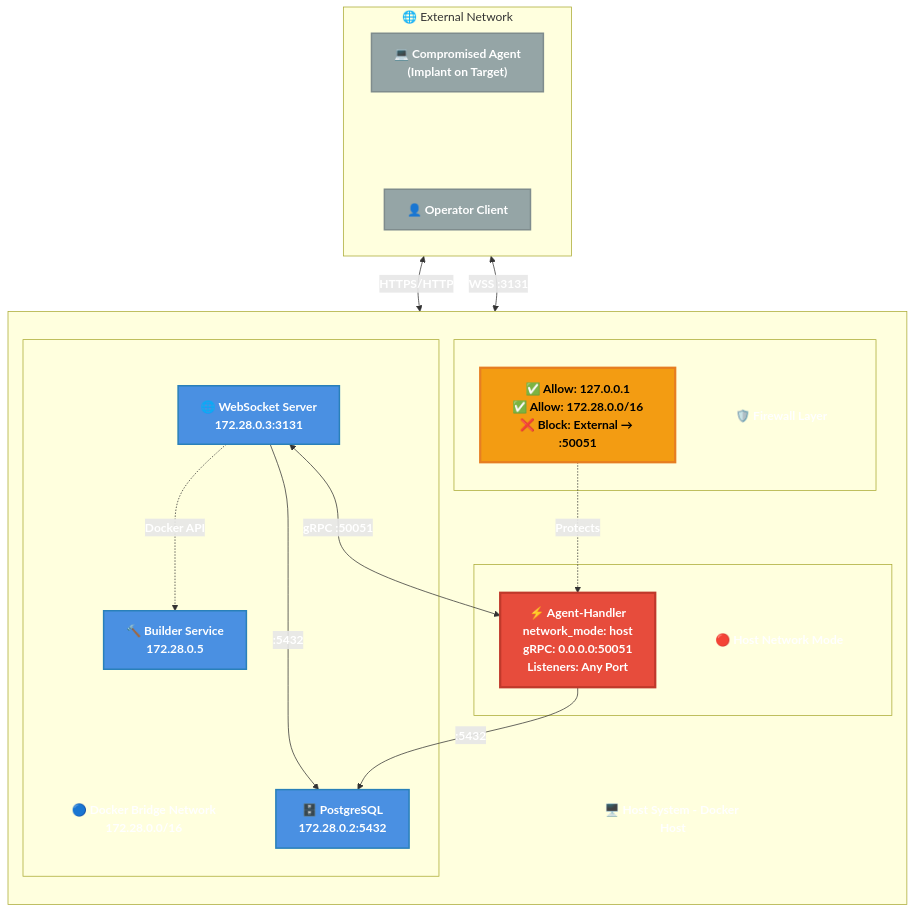
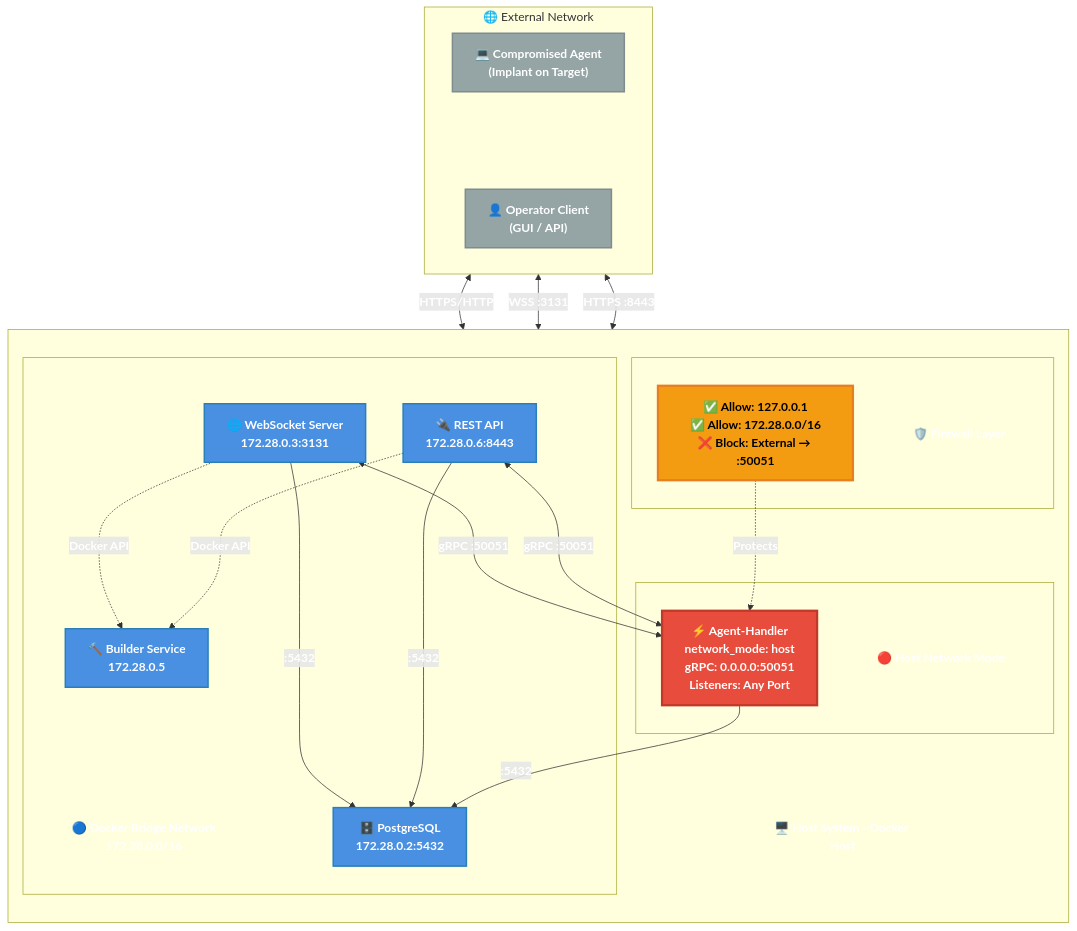
One commit to seahop/NexusC2 changed the diagram in README.md. Above: the diagram before and after it, drawn with Mermaid. The commit also changed other lines of this file, not shown here.

Commit message:
mermiad update in readme to include rest

````diff
--- a/README.md
+++ b/README.md
@@ -35,57 +35,62 @@
 ```mermaid
 graph TB
     subgraph External["🌐 External Network"]
         direction LR
         Agent["💻 Compromised Agent<br/>(Implant on Target)"]
         Spacer[" "]
-        Client["👤 Operator Client"]
+        Client["👤 Operator Client<br/>(GUI / API)"]
     end
 
     subgraph HostSystem[" "]
         direction TB
         HostLabel["🖥️ Host System - Docker Host"]
 
         subgraph FirewallLayer[" "]
             FW_Label["🛡️ Firewall Layer"]
             FW_Allow["✅ Allow: 127.0.0.1<br/>✅ Allow: 172.28.0.0/16<br/>❌ Block: External → :50051"]
         end
 
         subgraph HostNetwork[" "]
             HN_Label["🔴 Host Network Mode"]
             AgentHandler["⚡ Agent-Handler<br/>network_mode: host<br/>gRPC: 0.0.0.0:50051<br/>Listeners: Any Port"]
         end
 
         subgraph DockerBridge[" "]
             DB_Label["🔵 Docker Bridge Network<br/>172.28.0.0/16"]
             Database["🗄️ PostgreSQL<br/>172.28.0.2:5432"]
             Websocket["🌐 WebSocket Server<br/>172.28.0.3:3131"]
+            RestAPI["🔌 REST API<br/>172.28.0.6:8443"]
             Builder["🔨 Builder Service<br/>172.28.0.5"]
         end
     end
 
     %% External Connections
     Agent <-->|"HTTPS/HTTP"| AgentHandler
     Client <-->|"WSS :3131"| Websocket
+    Client <-->|"HTTPS :8443"| RestAPI
 
     %% Internal connections
     Websocket <-->|"gRPC :50051"| AgentHandler
+    RestAPI <-->|"gRPC :50051"| AgentHandler
     Websocket -->|":5432"| Database
+    RestAPI -->|":5432"| Database
     AgentHandler -->|":5432"| Database
     Websocket -.->|"Docker API"| Builder
+    RestAPI -.->|"Docker API"| Builder
     FW_Allow -.->|"Protects"| AgentHandler
 
     %% Styling
     classDef hostNet fill:#e74c3c,stroke:#c0392b,stroke-width:3px,color:#fff
     classDef bridgeNet fill:#4a90e2,stroke:#2980b9,stroke-width:2px,color:#fff
     classDef external fill:#95a5a6,stroke:#7f8c8d,stroke-width:2px,color:#fff
     classDef firewall fill:#f39c12,stroke:#e67e22,stroke-width:3px,color:#000
     classDef spacer fill:none,stroke:none,color:transparent
     classDef label fill:none,stroke:none,color:#fff,font-weight:bold
 
     class AgentHandler hostNet
-    class Database,Websocket,Builder bridgeNet
+    class Database,Websocket,RestAPI,Builder bridgeNet
     class Agent,Client external
     class FW_Allow firewall
     class Spacer spacer
     class HostLabel,FW_Label,HN_Label,DB_Label label
 ```
````
